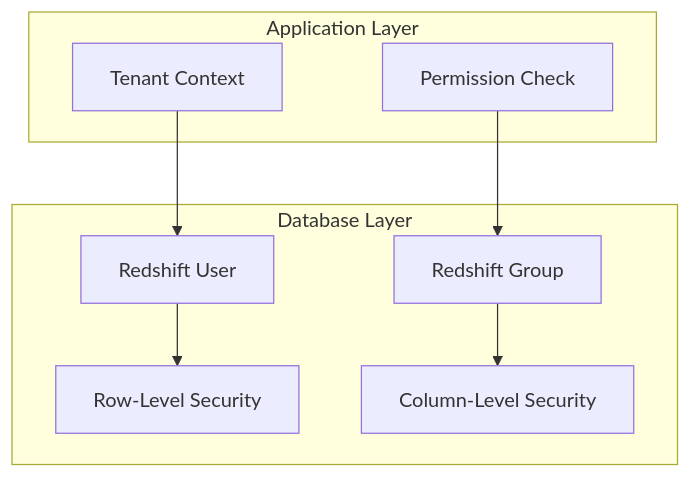
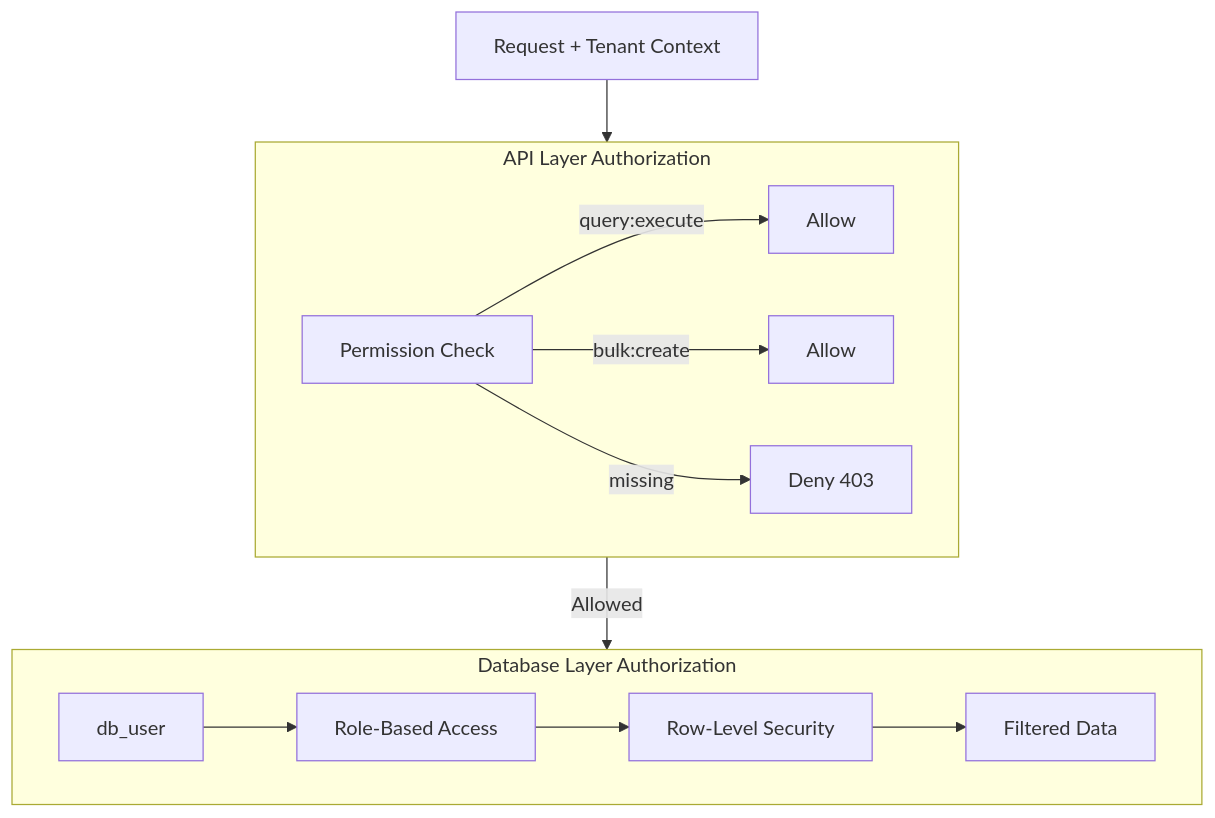
Before and after one commit to zhiweio/redshift-spectra: the first of 10 diagrams in docs/security/authorization.md, drawn with Mermaid. The commit also changed other lines of this file and 15 other files, not shown here.

````diff
--- a/docs/security/authorization.md
+++ b/docs/security/authorization.md
@@ -7,19 +7,19 @@
 ```mermaid
 flowchart TB
-    subgraph App["Application Layer"]
-        TENANT[Tenant Context]
-        PERM[Permission Check]
+    subgraph APILayer["API Layer Authorization"]
+        direction LR
+        PERM[Permission Check] --> |"query:execute"| ALLOW1[Allow]
+        PERM --> |"bulk:create"| ALLOW2[Allow]
+        PERM --> |"missing"| DENY[Deny 403]
     end
     
-    subgraph DB["Database Layer"]
-        USER[Redshift User]
-        GROUP[Redshift Group]
-        RLS[Row-Level Security]
-        CLS[Column-Level Security]
+    subgraph DBLayer["Database Layer Authorization"]
+        direction LR
+        USER[db_user] --> RBAC[Role-Based Access]
+        RBAC --> RLS[Row-Level Security]
+        RLS --> DATA[Filtered Data]
     end
     
-    TENANT --> USER
-    PERM --> GROUP
-    USER --> RLS
-    GROUP --> CLS
+    REQUEST[Request + Tenant Context] --> APILayer
+    APILayer --> |"Allowed"| DBLayer
 ```
````
